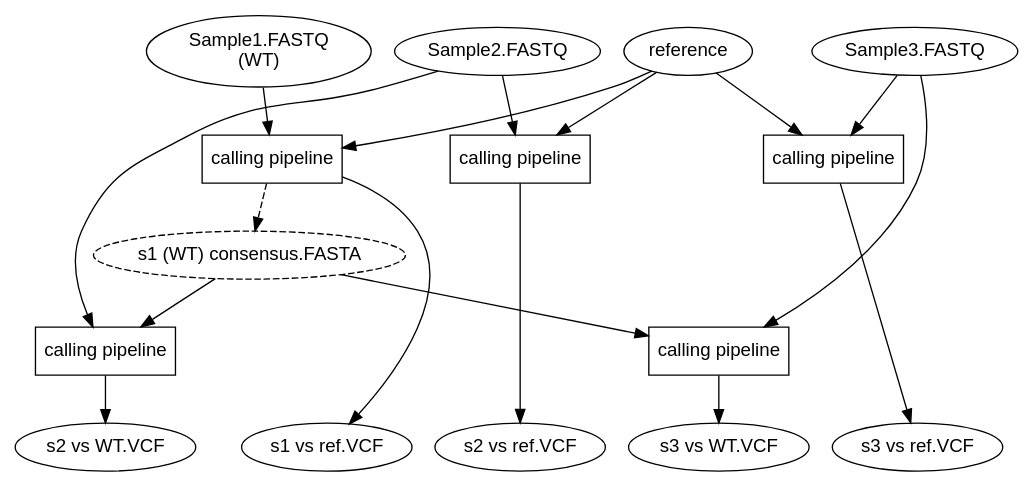
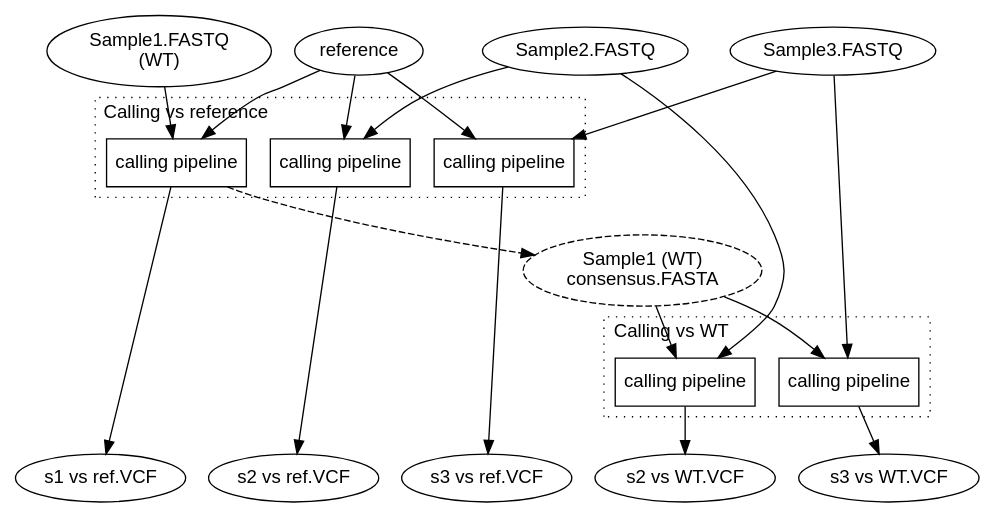
The diagram in images/flow2.gv (BioinfoSupport/nanopore_compare), drawn with Graphviz before and after one commit. The commit also changed 1 other file, not shown here.

Commit message:
Nicer flowchart

```diff
--- a/images/flow2.gv
+++ b/images/flow2.gv
@@ -1,47 +1,60 @@
 digraph mygraph {
   fontname="Helvetica,Arial,sans-serif"
   node [fontname="Helvetica,Arial,sans-serif"]
   edge [fontname="Helvetica,Arial,sans-serif"]
 
   {
     rank = "same";
     node [shape=ellipse]
     reference
     s1 [label="Sample1.FASTQ\n(WT)"]
     s2 [label="Sample2.FASTQ"]
     s3 [label="Sample3.FASTQ"]
   }
 
   {
     node [shape=box, label="calling pipeline"]
     c1r
     c2r
     c3r
     c21
     c31
   }
 
   {
     rank = "same";
     node [shape=ellipse]
     s1r [label="s1 vs ref.VCF"]
     s2r [label="s2 vs ref.VCF"]
     s3r [label="s3 vs ref.VCF"]
     s21 [label="s2 vs WT.VCF"]
     s31 [label="s3 vs WT.VCF"]
   }
 
-  s1cons [shape=ellipse, style=dashed, label="s1 (WT) consensus.FASTA"]
+  s1cons [shape=ellipse, style=dashed, label="Sample1 (WT)\nconsensus.FASTA"]
 
   s1 -> c1r -> s1r
   s2 -> c2r -> s2r
   s3 -> c3r -> s3r
   reference -> {c1r c2r c3r}
 
   c1r -> s1cons [style=dashed]
   s1cons -> {c21 c31}
   s2 -> c21 -> s21
   s3 -> c31 -> s31
-  
+
+  subgraph cluster_1 {
+    style="dotted";
+    label="Calling vs reference";
+    labeljust="left";
+    c1r c2r c3r
+  }
+
+  subgraph cluster_2 {
+    style="dotted";
+    label="Calling vs WT";
+    labeljust="left";
+    c21 c31
+  }
   
 }
```
